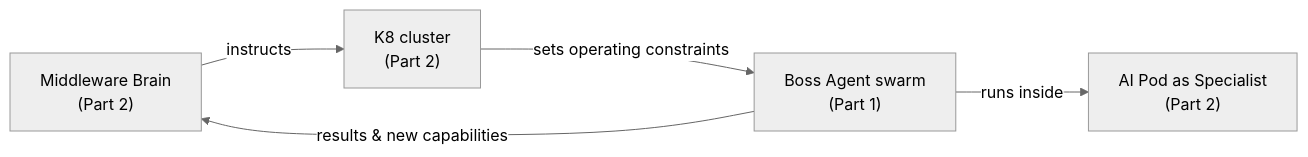
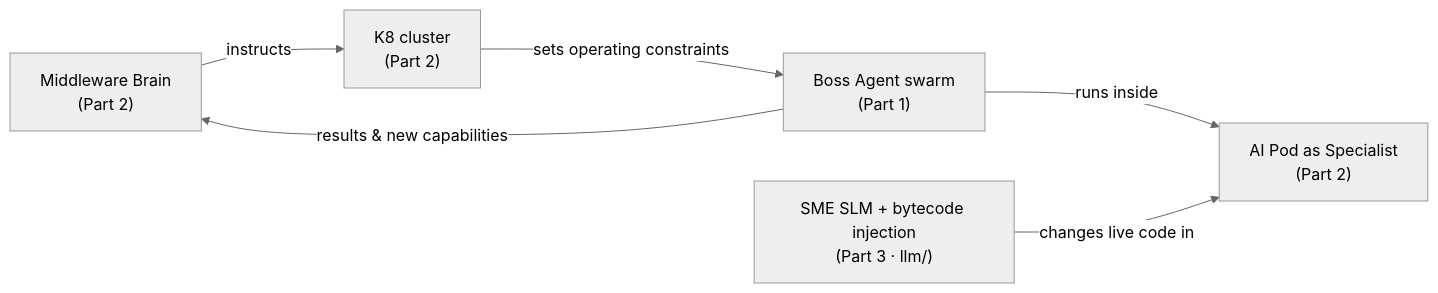
Before and after one commit to tibales1/autonomous-agents-federated: the third of 3 diagrams in README.md, drawn with Mermaid (neutral theme). The commit also changed other lines of this file and 54 other files, not shown here.

Commit message:
Add llm/ runtime bytecode injection prototype and document it as Part 3

````diff
--- a/README.md
+++ b/README.md
@@ -189,7 +216,8 @@
 ```mermaid
 flowchart LR
     BR["Middleware Brain<br/>(Part 2)"] -- "instructs" --> K8["K8 cluster<br/>(Part 2)"]
     K8 -- "sets operating constraints" --> BA["Boss Agent swarm<br/>(Part 1)"]
     BA -- "runs inside" --> POD["AI Pod as Specialist<br/>(Part 2)"]
     BA -- "results & new capabilities" --> BR
+    SLM["SME SLM + bytecode injection<br/>(Part 3 · llm/)"] -- "changes live code in" --> POD
 ```
````
